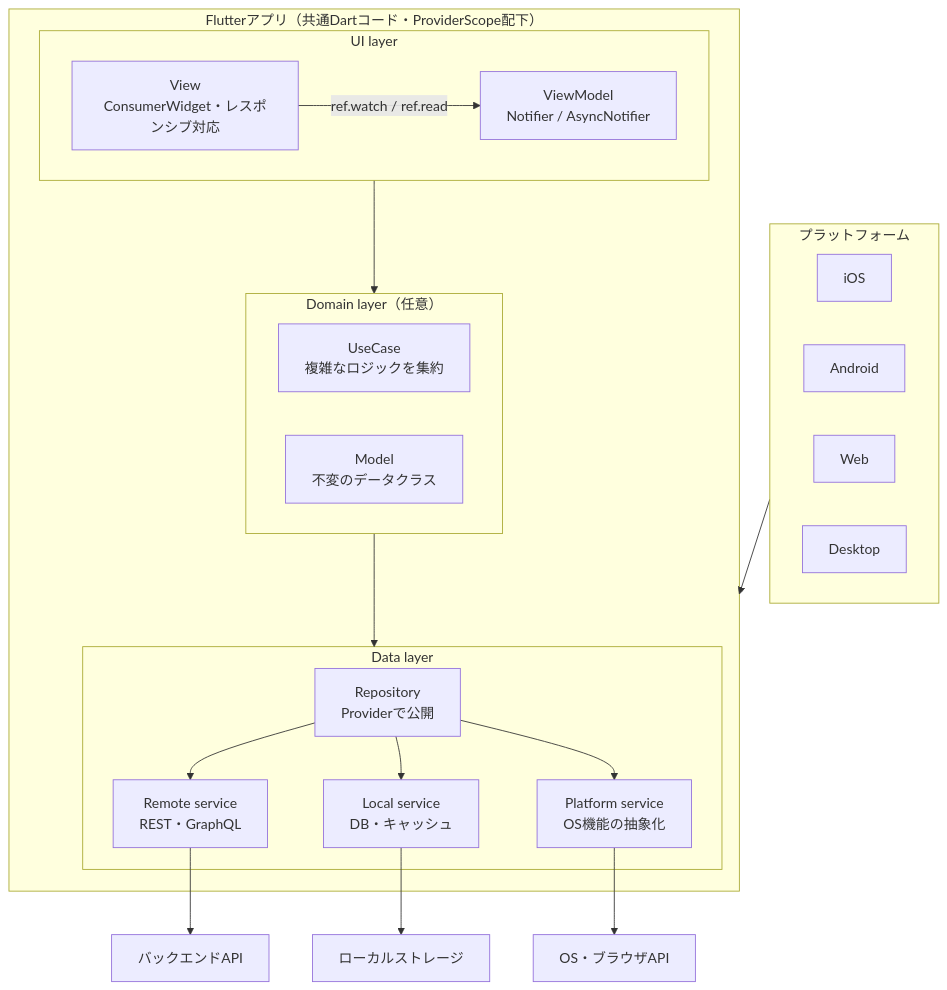
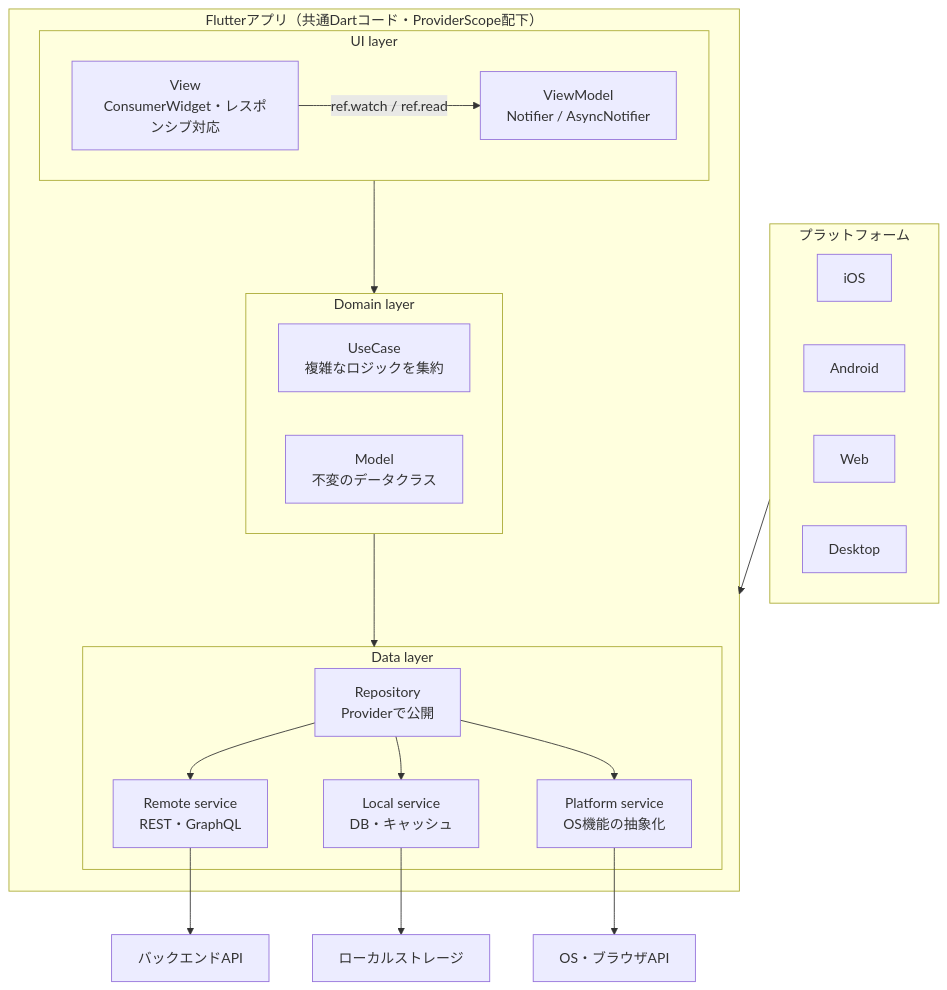
Before and after one commit to diapp0227/zero-chat: the diagram in flutter-architecture.md, drawn with Mermaid. The commit also changed other lines of this file, not shown here.

Commit message:
Make the Domain layer required in the architecture notes

````diff
--- a/flutter-architecture.md
+++ b/flutter-architecture.md
@@ -9,39 +9,39 @@
 ```mermaid
 flowchart TD
     subgraph Platforms[プラットフォーム]
         iOS
         Android
         Web
         Desktop
     end
 
     subgraph App["Flutterアプリ（共通Dartコード・ProviderScope配下）"]
         subgraph UI[UI layer]
             View["View<br/>ConsumerWidget・レスポンシブ対応"]
             VM["ViewModel<br/>Notifier / AsyncNotifier"]
             View -->|"ref.watch / ref.read"| VM
         end
 
-        subgraph Domain["Domain layer（任意）"]
+        subgraph Domain["Domain layer"]
             UseCase["UseCase<br/>複雑なロジックを集約"]
             Model["Model<br/>不変のデータクラス"]
         end
 
         subgraph Data[Data layer]
             Repo["Repository<br/>Providerで公開"]
             Remote["Remote service<br/>REST・GraphQL"]
             Local["Local service<br/>DB・キャッシュ"]
             PlatformSvc["Platform service<br/>OS機能の抽象化"]
             Repo --> Remote
             Repo --> Local
             Repo --> PlatformSvc
         end
 
         UI --> Domain --> Data
     end
 
     Platforms --> App
     Remote --> API[バックエンドAPI]
     Local --> Storage[ローカルストレージ]
     PlatformSvc --> OS[OS・ブラウザAPI]
 ```
````
